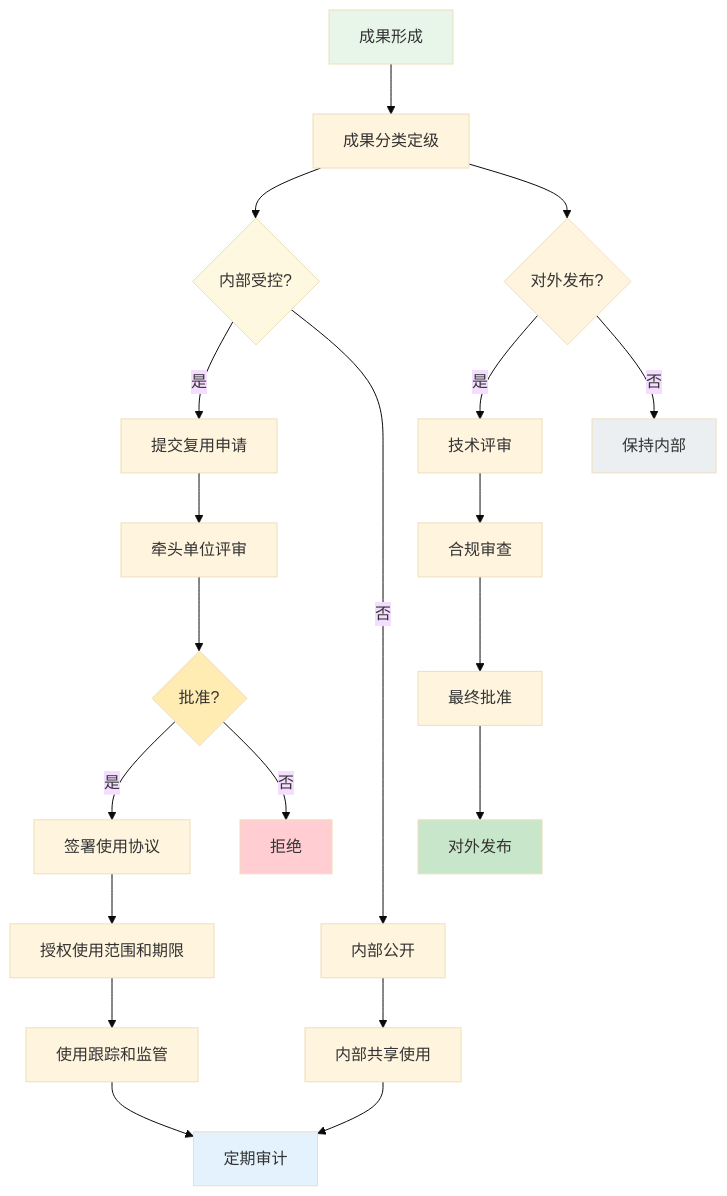
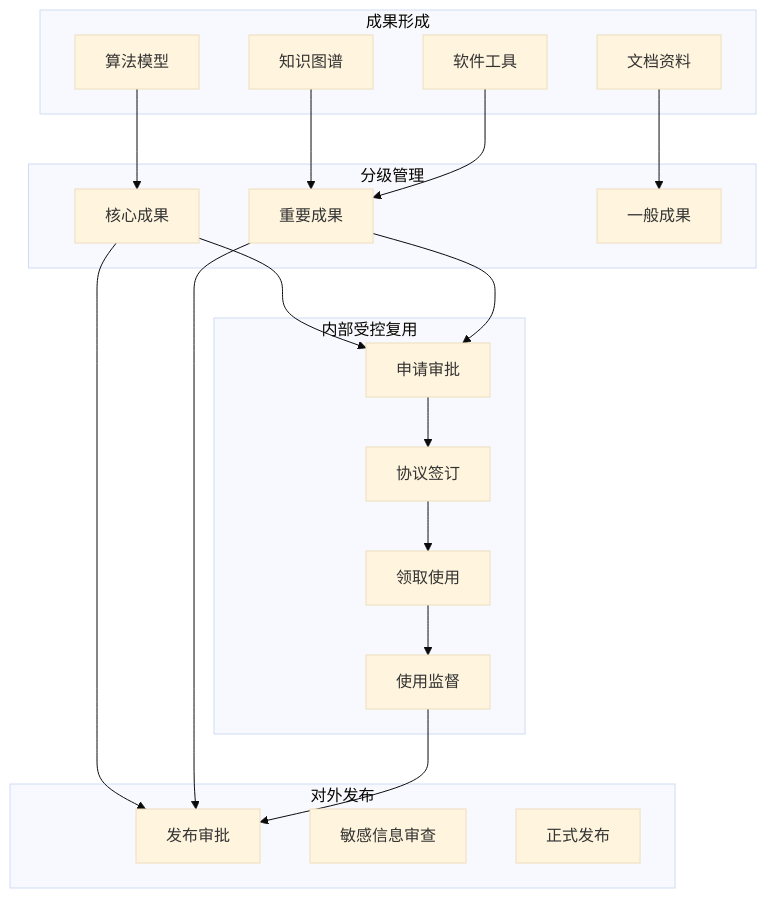
The diagram in generated-drafts/zs-test/ch04-项目建设方案/08-成果管理与内部受控复用策略.md (ffgzz/official-doc-skills), drawn with Mermaid (base theme) before and after one commit. The commit also changed other lines of this file and 53 other files, not shown here.

````diff
--- a/generated-drafts/zs-test/ch04-项目建设方案/08-成果管理与内部受控复用策略.md
+++ b/generated-drafts/zs-test/ch04-项目建设方案/08-成果管理与内部受控复用策略.md
@@ -27,35 +33,43 @@
 ```mermaid
-graph TB
-    START[成果形成] --> CLASSIFY[成果分类定级]
-    CLASSIFY --> INNER_CTRL{内部受控?}
-    INNER_CTRL -->|是| APPLY[提交复用申请]
-    INNER_CTRL -->|否| INNER_PUB[内部公开]
+flowchart TB
+    subgraph 形成["成果形成"]
+        F1[算法模型]
+        F2[知识图谱]
+        F3[软件工具]
+        F4[文档资料]
+    end
     
-    APPLY --> REVIEW[牵头单位评审]
-    REVIEW --> APPROVE{批准?}
-    APPROVE -->|是| SIGN[签署使用协议]
-    APPROVE -->|否| REJECT[拒绝]
+    subgraph 分级["分级管理"]
+        G1[核心成果]
+        G2[重要成果]
+        G3[一般成果]
+    end
     
-    SIGN --> GRANT[授权使用范围和期限]
-    GRANT --> TRACK[使用跟踪和监管]
-    TRACK --> END[定期审计]
+    subgraph 内部复用["内部受控复用"]
+        R1[申请审批]
+        R2[协议签订]
+        R3[领取使用]
+        R4[使用监督]
+    end
     
-    INNER_PUB --> SHARE[内部共享使用]
-    SHARE --> END
+    subgraph 对外发布["对外发布"]
+        P1[发布审批]
+        P2[敏感信息审查]
+        P3[正式发布]
+    end
     
-    CLASSIFY --> PUB_CHECK{对外发布?}
-    PUB_CHECK -->|是| TECH_REVIEW[技术评审]
-    TECH_REVIEW --> COMPLIANCE[合规审查]
-    COMPLIANCE --> FINAL_APPROVE[最终批准]
-    FINAL_APPROVE --> EXTERNAL_PUB[对外发布]
+    F1 --> G1
+    F2 --> G2
+    F3 --> G2
+    F4 --> G3
     
-    PUB_CHECK -->|否| KEEP[保持内部]
+    G1 --> R1
+    G2 --> R1
+    G1 --> P1
+    G2 --> P1
     
-    style START fill:#e8f5e9
-    style INNER_CTRL fill:#fff8e1
-    style APPROVE fill:#ffecb3
-    style REJECT fill:#ffcdd2
-    style END fill:#e3f2fd
-    style EXTERNAL_PUB fill:#c8e6c9
-    style KEEP fill:#eceff1
+    R1 --> R2
+    R2 --> R3
+    R3 --> R4
+    R4 --> P1
 ```
````
